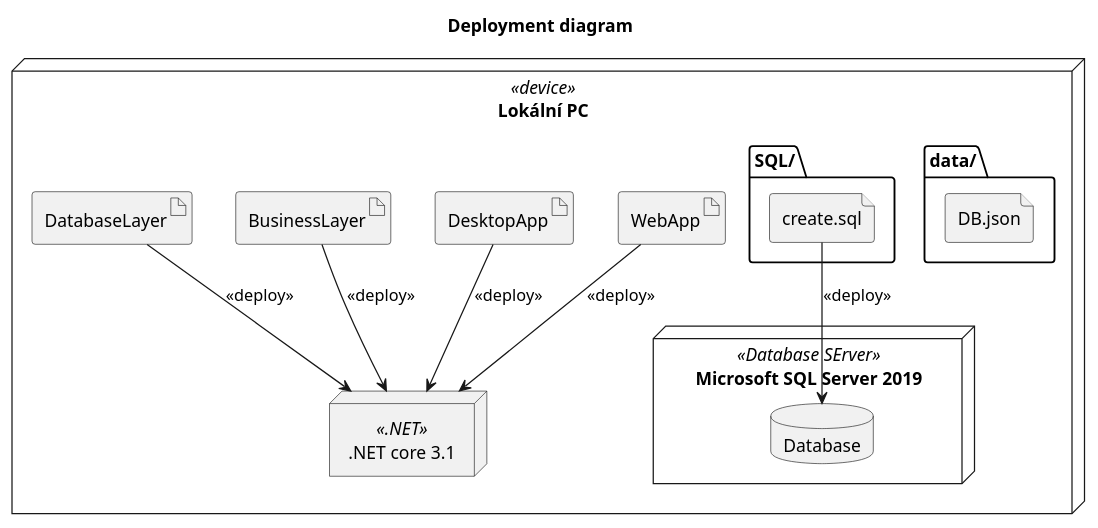
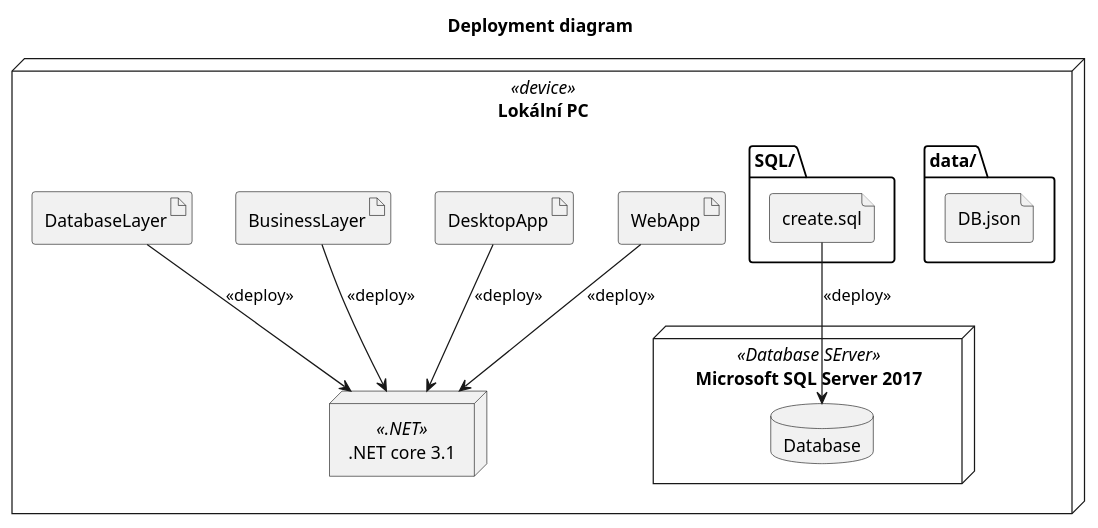
One commit to dminikm/EsportsIS changed the diagram in DeploymentDiagram.puml. Above: the diagram before and after it, drawn with PlantUML.

Commit message:
Last diagram change

```diff
--- a/DeploymentDiagram.puml
+++ b/DeploymentDiagram.puml
@@ -1,31 +1,31 @@
 @startuml
 title Deployment diagram
 
 node "Lokální PC" <<device>> as PC {
     node ".NET core 3.1" <<.NET>> as DN
 
-    node "Microsoft SQL Server 2019" <<Database SErver>> {
+    node "Microsoft SQL Server 2017" <<Database SErver>> {
         database "Database" as DB
     }
 
     folder "data/" {
         file "DB.json" as JSONDB
     }
 
     folder "SQL/" {
         file "create.sql" as CRSQL
     }
 
     artifact "WebApp" as WA
     artifact "DesktopApp" as DA
     artifact "BusinessLayer" as BL
     artifact "DatabaseLayer" as DBS
 
     WA --> DN : <<deploy>>
     DA --> DN : <<deploy>>
     BL --> DN : <<deploy>>
     DBS --> DN : <<deploy>>
 
     CRSQL --> DB : <<deploy>>
 }
 @enduml
```
